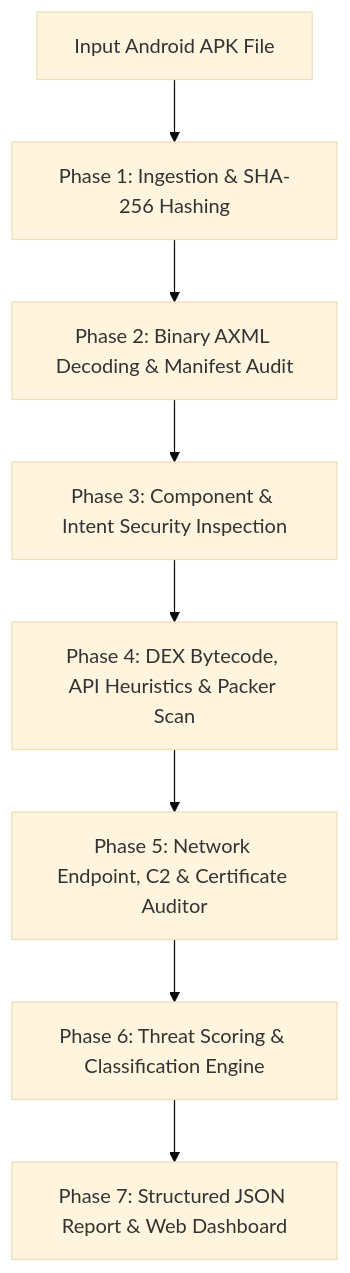
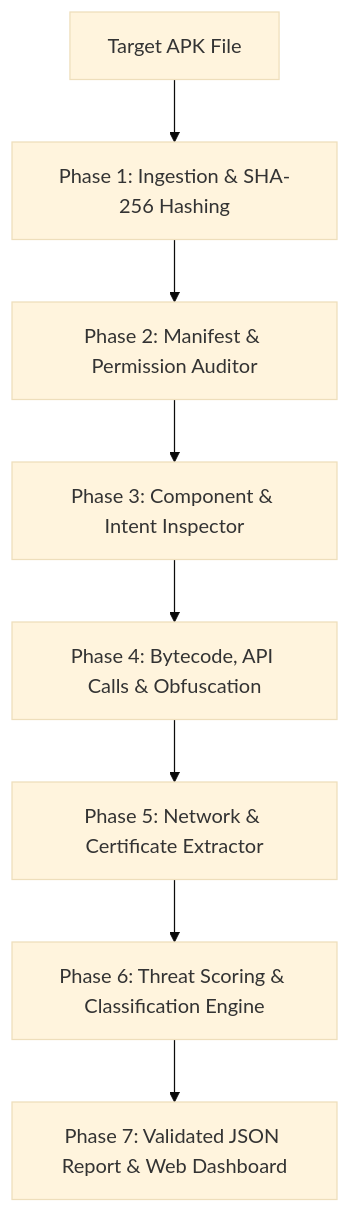
One commit to ShaktiMaurya27/apk-analyzer changed the diagram in README.md. Above: the diagram before and after it, drawn with Mermaid (base theme). The commit also changed other lines of this file and 1 other file, not shown here.

````diff
--- a/README.md
+++ b/README.md
@@ -26,10 +30,10 @@
 ```mermaid
 flowchart TD
-    APK[Input Android APK File] --> P1[Phase 1: Ingestion & SHA-256 Hashing]
-    P1 --> P2[Phase 2: Binary AXML Decoding & Manifest Audit]
-    P2 --> P3[Phase 3: Component & Intent Security Inspection]
-    P3 --> P4[Phase 4: DEX Bytecode, API Heuristics & Packer Scan]
-    P4 --> P5[Phase 5: Network Endpoint, C2 & Certificate Auditor]
-    P5 --> P6[Phase 6: Threat Scoring & Classification Engine]
-    P6 --> P7[Phase 7: Structured JSON Report & Web Dashboard]
+    A[Target APK File] --> B[Phase 1: Ingestion & SHA-256 Hashing]
+    B --> C[Phase 2: Manifest & Permission Auditor]
+    C --> D[Phase 3: Component & Intent Inspector]
+    D --> E[Phase 4: Bytecode, API Calls & Obfuscation]
+    E --> F[Phase 5: Network & Certificate Extractor]
+    F --> G[Phase 6: Threat Scoring & Classification Engine]
+    G --> H[Phase 7: Validated JSON Report & Web Dashboard]
 ```
````
